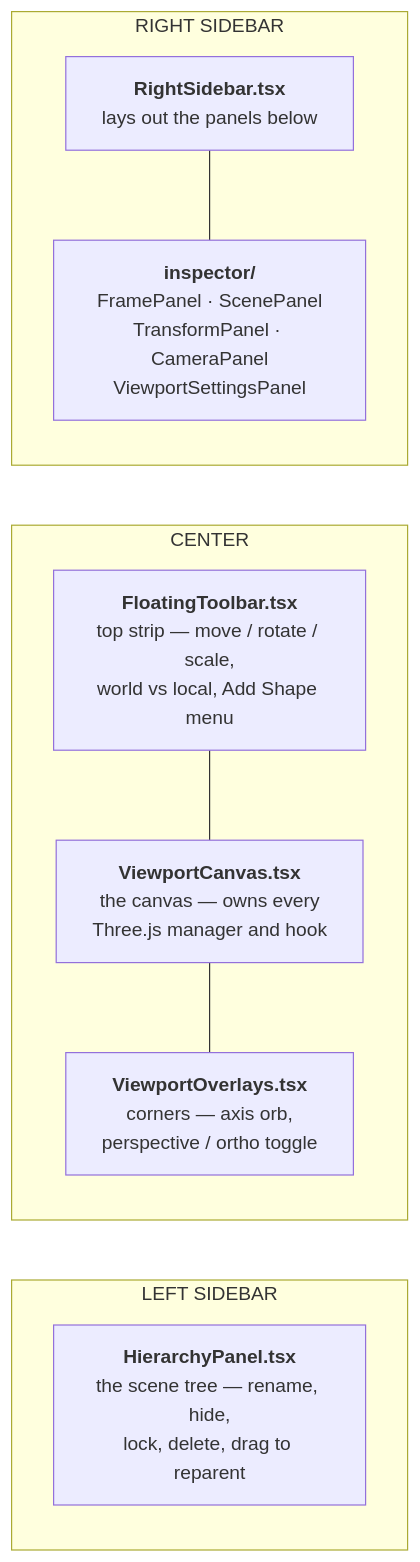
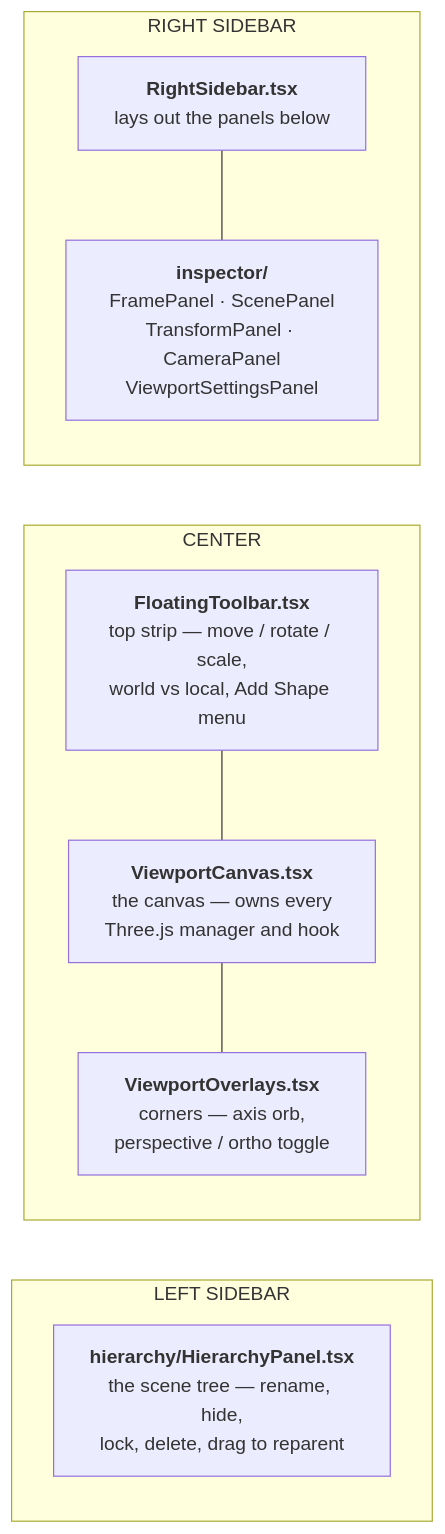
Before and after one commit to The-Agency-at-UF/Libre3D: the first of 3 diagrams in docs/architecture.md, drawn with Mermaid. The commit also changed 3 other files, not shown here.

Commit message:
docs: list the hierarchy panel's files and their unit tests

````diff
--- a/docs/architecture.md
+++ b/docs/architecture.md
@@ -13,17 +13,17 @@
 ```mermaid
 graph LR
     subgraph LEFT["LEFT SIDEBAR"]
-        HP["<b>HierarchyPanel.tsx</b><br/>the scene tree — rename, hide,<br/>lock, delete, drag to reparent"]
+        HP["<b>hierarchy/HierarchyPanel.tsx</b><br/>the scene tree — rename, hide,<br/>lock, delete, drag to reparent"]
     end
     subgraph CENTER["CENTER"]
         FT["<b>FloatingToolbar.tsx</b><br/>top strip — move / rotate / scale,<br/>world vs local, Add Shape menu"]
         VC["<b>ViewportCanvas.tsx</b><br/>the canvas — owns every<br/>Three.js manager and hook"]
         VO["<b>ViewportOverlays.tsx</b><br/>corners — axis orb,<br/>perspective / ortho toggle"]
         FT --- VC --- VO
     end
     subgraph RIGHT["RIGHT SIDEBAR"]
         RS["<b>RightSidebar.tsx</b><br/>lays out the panels below"]
         IP["<b>inspector/</b><br/>FramePanel · ScenePanel<br/>TransformPanel · CameraPanel<br/>ViewportSettingsPanel"]
         RS --- IP
     end
 ```
````
